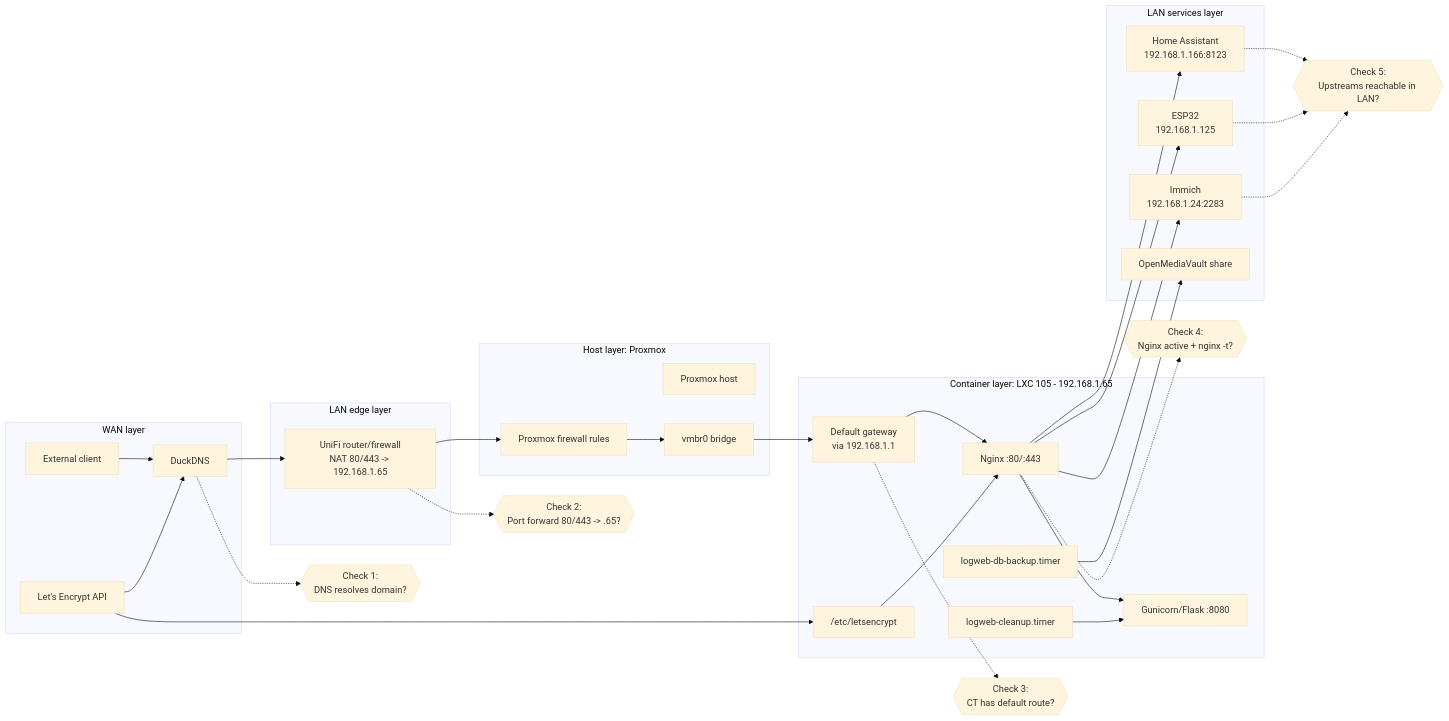
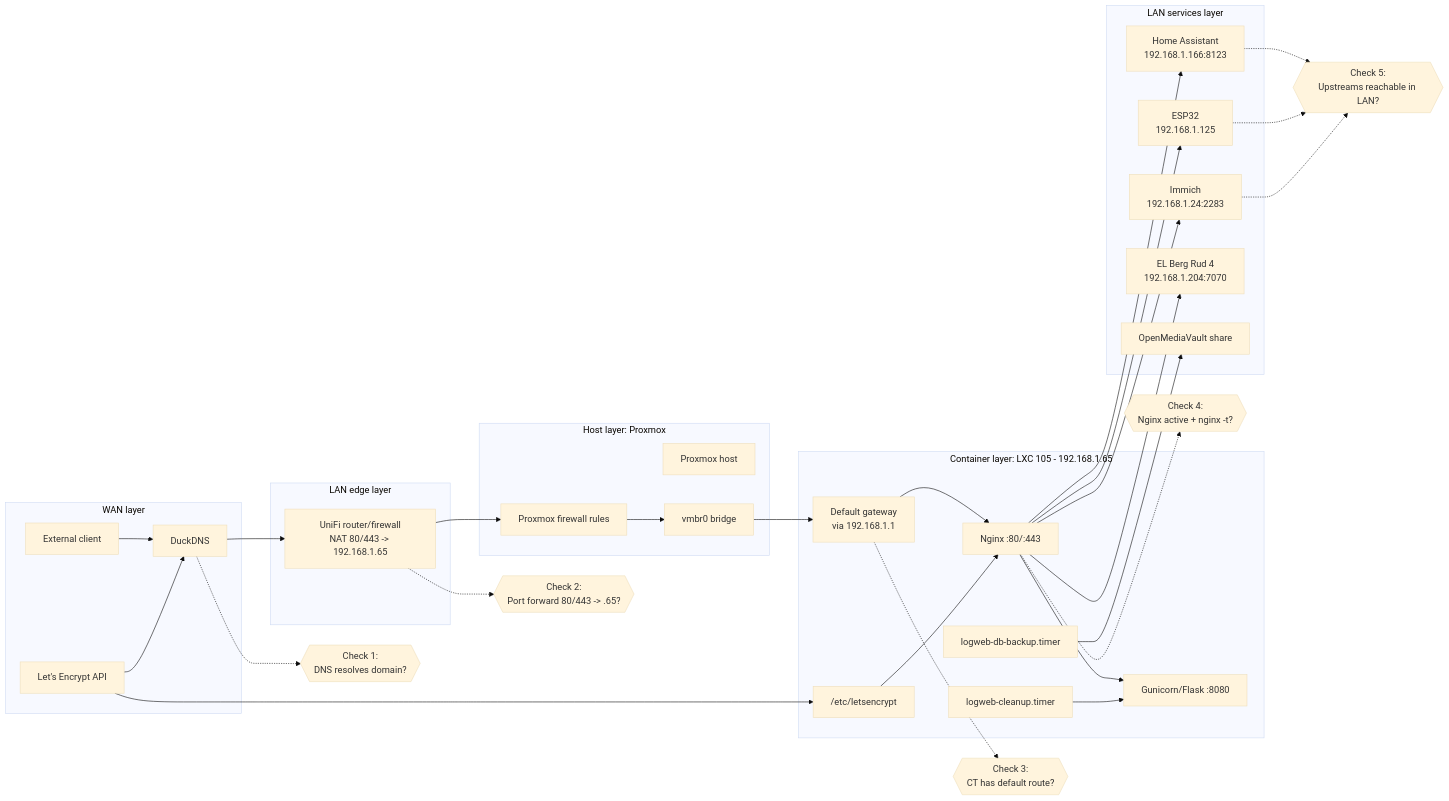
The second of 2 diagrams in README.md (TomasAssemblinEL/ProxmoxPubliseradeWebbLoggar), drawn with Mermaid (base theme) before and after one commit. The commit also changed other lines of this file and 5 other files, not shown here.

Commit message:
Add EL Berg Rud 4 proxy and portal entry

````diff
--- a/README.md
+++ b/README.md
@@ -122,59 +146,61 @@
 ```mermaid
 flowchart LR
    subgraph WAN[WAN layer]
       Client[External client]
       DNS[DuckDNS]
       LE[Let's Encrypt API]
    end
 
    subgraph EDGE[LAN edge layer]
       Router[UniFi router/firewall\nNAT 80/443 -> 192.168.1.65]
    end
 
    subgraph HOST[Host layer: Proxmox]
       PVE[Proxmox host]
       FW[Proxmox firewall rules]
       BR[vmbr0 bridge]
    end
 
    subgraph CT["Container layer: LXC 105 - 192.168.1.65"]
       GW[Default gateway\nvia 192.168.1.1]
       Nginx[Nginx :80/:443]
       Gunicorn[Gunicorn/Flask :8080]
       Certs["/etc/letsencrypt"]
       TimerA[logweb-cleanup.timer]
       TimerB[logweb-db-backup.timer]
    end
 
    subgraph LAN[LAN services layer]
       HA[Home Assistant\n192.168.1.166:8123]
       ESP32[ESP32\n192.168.1.125]
       Immich[Immich\n192.168.1.24:2283]
+      ELBergRud4[EL Berg Rud 4\n192.168.1.204:7070]
       OMV[OpenMediaVault share]
    end
 
    Client --> DNS --> Router
    LE --> DNS
    Router --> FW --> BR --> GW --> Nginx
    Nginx --> Gunicorn
    Nginx --> HA
    Nginx --> ESP32
    Nginx --> Immich
+   Nginx --> ELBergRud4
    LE --> Certs --> Nginx
    TimerA --> Gunicorn
    TimerB --> OMV
 
    T1{{Check 1:\nDNS resolves domain?}}
    T2{{Check 2:\nPort forward 80/443 -> .65?}}
    T3{{Check 3:\nCT has default route?}}
    T4{{Check 4:\nNginx active + nginx -t?}}
    T5{{Check 5:\nUpstreams reachable in LAN?}}
 
    DNS -.-> T1
    Router -.-> T2
    GW -.-> T3
    Nginx -.-> T4
    HA -.-> T5
    ESP32 -.-> T5
    Immich -.-> T5
 ```
````
